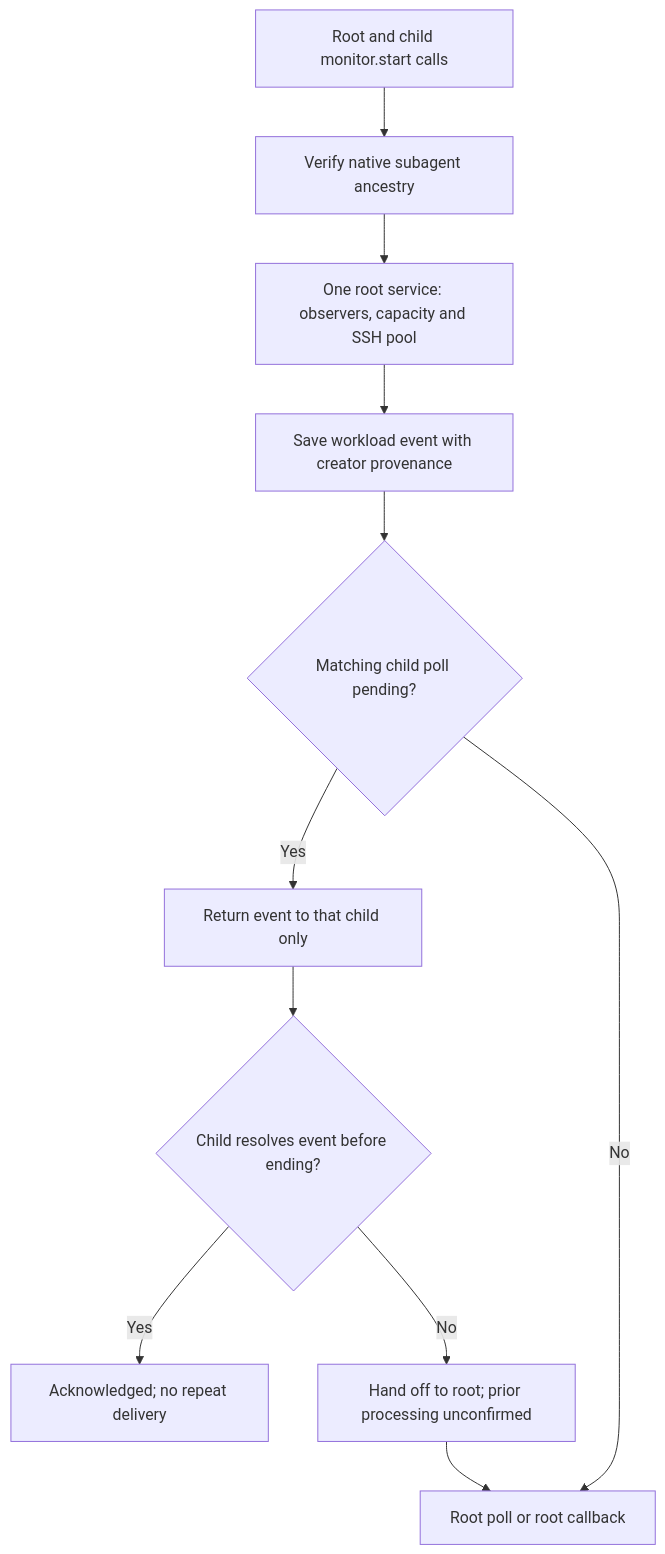
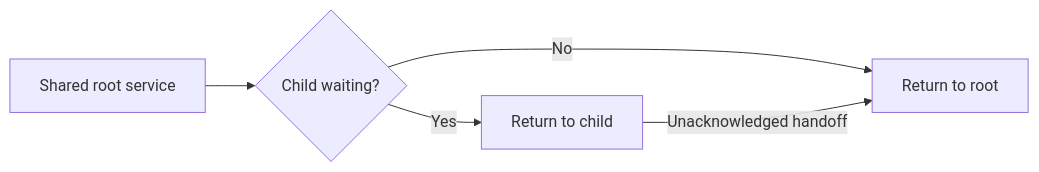
The third of 4 diagrams in README.md (EthenJ/codex-monitor), drawn with Mermaid before and after one commit. The commit also changed other lines of this file and 11 other files, not shown here.

````diff
--- a/README.md
+++ b/README.md
@@ -84,13 +95,7 @@
 ```mermaid
-flowchart TD
-    A["Root and child monitor.start calls"] --> B["Verify native subagent ancestry"]
-    B --> C["One root service: observers, capacity and SSH pool"]
-    C --> D["Save workload event with creator provenance"]
-    D --> E{"Matching child poll pending?"}
-    E -->|Yes| F["Return event to that child only"]
-    E -->|No| G["Root poll or root callback"]
-    F --> H{"Child resolves event before ending?"}
-    H -->|Yes| I["Acknowledged; no repeat delivery"]
-    H -->|No| J["Hand off to root; prior processing unconfirmed"]
-    J --> G
+flowchart LR
+    A["Shared root service"] --> B{"Child waiting?"}
+    B -->|Yes| C["Return to child"]
+    B -->|No| D["Return to root"]
+    C -->|Unacknowledged handoff| D
 ```
````
